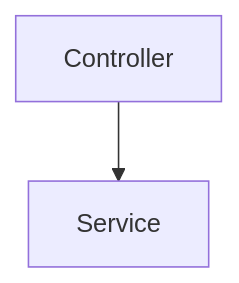
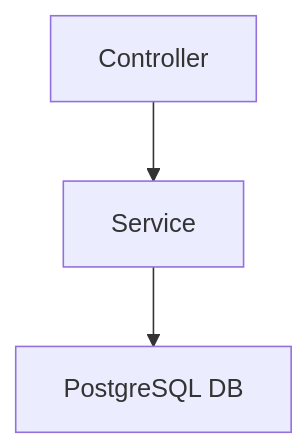
Before and after one commit to mohammedalli123/MercedesPartsTracker_Api: the diagram in SOLUTION.md, drawn with Mermaid.

Commit message:
Modified readme.md and solution.md

`````diff
--- a/SOLUTION.md
+++ b/SOLUTION.md
@@ -24,5 +24,5 @@
 ```mermaid
     graph TD
     A[Controller] --> B[Service]
-    B  
-````
+    B --> C[PostgreSQL DB]
+```
`````
